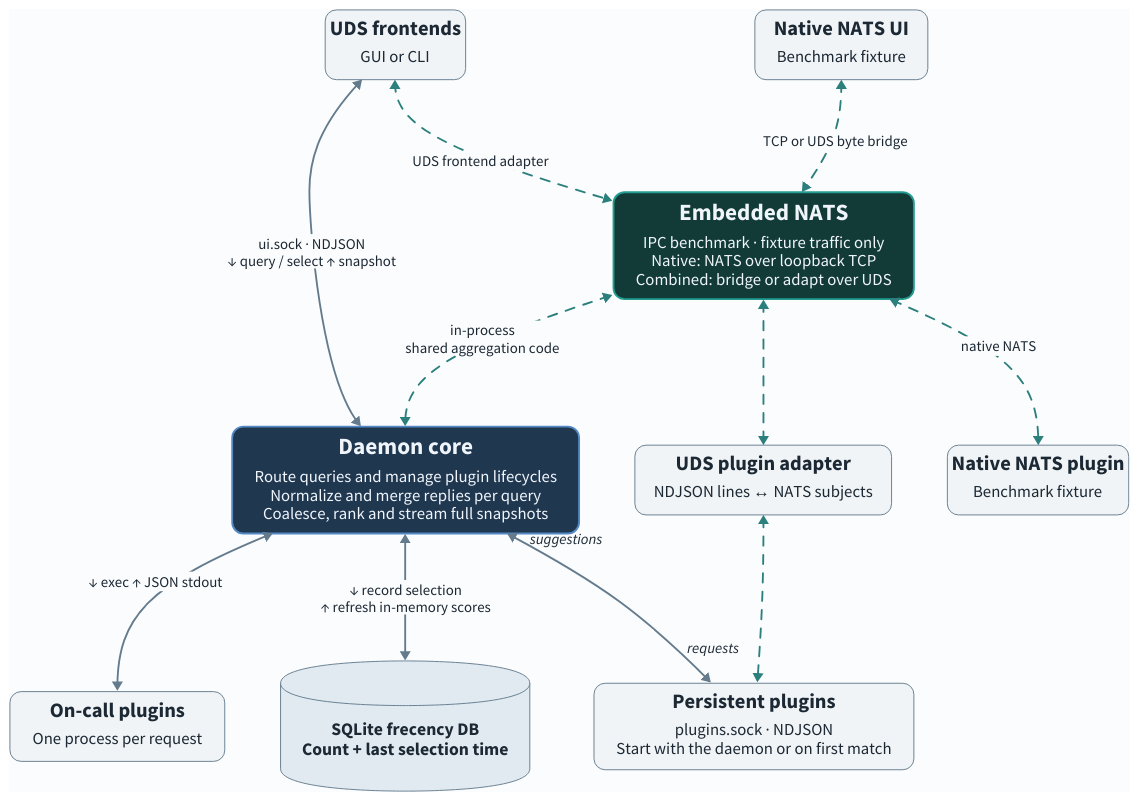
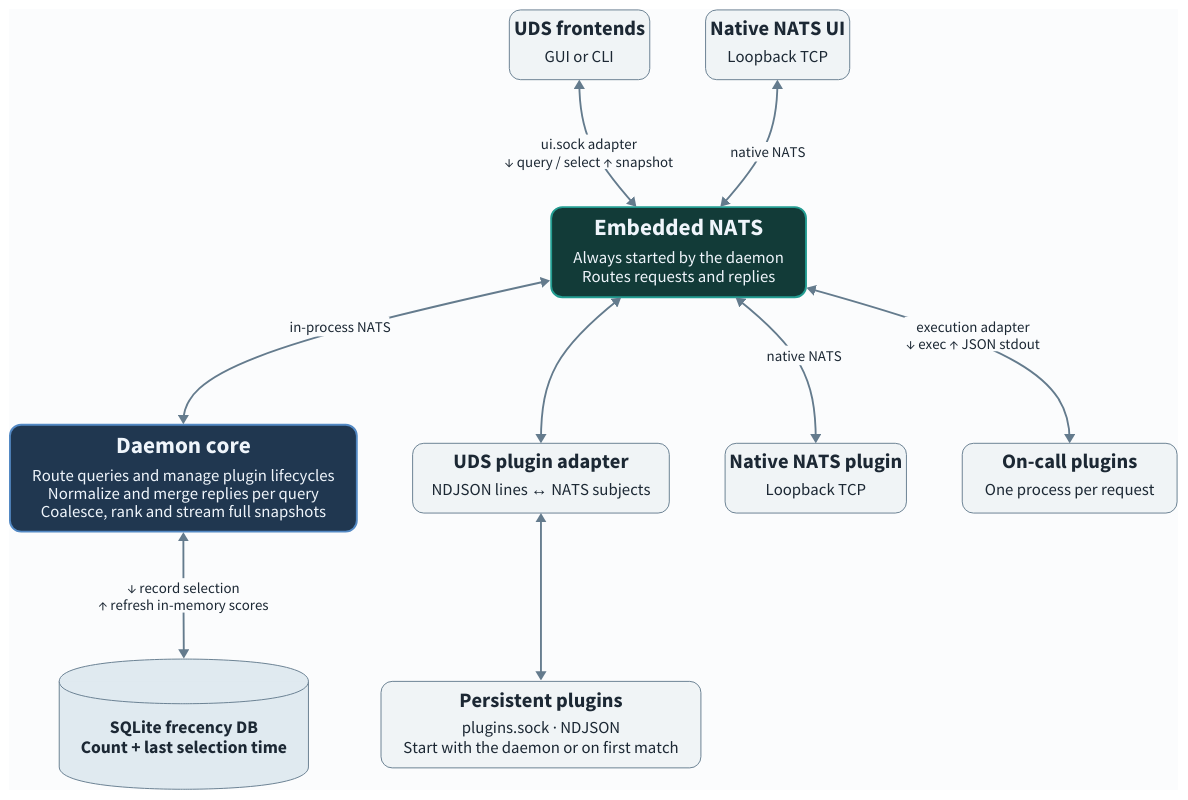
One commit to mithrel-dots/TarraGon changed the diagram in docs/diagrams/architecture.d2. Above: the diagram before and after it, drawn with D2. The commit also changed 17 other files, not shown here.

Commit message:
feat(daemon): route native and unix sessions through embedded nats

```diff
--- a/docs/diagrams/architecture.d2
+++ b/docs/diagrams/architecture.d2
@@ -1,98 +1,90 @@
 vars: {
   d2-config: {
     layout-engine: dagre
     pad: 20
     dark-theme-id: 200
     theme-overrides: {
       N1: "#1C2834"
       N2: "#3D5264"
       N7: "#FBFCFD"
       B1: "#647B8D"
       B2: "#2B807D"
       B4: "#F0F4F6"
       AA4: "#E0EAF0"
     }
     dark-theme-overrides: {
       N1: "#EDF2F5"
       N2: "#CDD9E2"
       N7: "#0E1114"
       B1: "#8598A9"
       B2: "#66BCB4"
       B4: "#1A2026"
       AA4: "#233342"
     }
   }
 }
 
 direction: down
 
 classes: {
   card: {
     grid-columns: 1
     horizontal-gap: 24
     vertical-gap: 14
     style: {border-radius: 12; stroke-width: 1; font-size: 22; bold: true}
   }
   detail: {shape: text; style.font-size: 18}
   hub: {style: {stroke-width: 2; font-size: 25; font-color: "#EFF5FB"}}
   hub-detail: {shape: text; style: {font-size: 18; font-color: "#EFF5FB"}}
   runtime: {style: {font-size: 16; italic: false}}
-  benchmark: {style: {stroke-dash: 5; font-size: 16; italic: false}}
 }
 
 frontend: UDS frontends {
   class: card
   clients: GUI or CLI {class: detail}
 }
 nats_ui: Native NATS UI {
   class: card
-  role: Benchmark fixture {class: detail}
+  role: Loopback TCP {class: detail}
 }
 
 broker: Embedded NATS {
   class: [card; hub]
   style: {fill: "#123B38"; stroke: "#239D92"}
-  transport: "IPC benchmark · fixture traffic only\nNative: NATS over loopback TCP\nCombined: bridge or adapt over UDS" {class: hub-detail}
+  transport: "Always started by the daemon\nRoutes requests and replies" {class: hub-detail}
 }
 core: Daemon core {
   class: [card; hub]
   style: {fill: "#203750"; stroke: "#5389C4"}
   flow: "Route queries and manage plugin lifecycles\nNormalize and merge replies per query\nCoalesce, rank and stream full snapshots" {class: hub-detail}
 }
 
 adapter: UDS plugin adapter {
   class: card
   translation: NDJSON lines ↔ NATS subjects {class: detail}
 }
 nats_plugin: Native NATS plugin {
   class: card
-  role: Benchmark fixture {class: detail}
+  role: Loopback TCP {class: detail}
 }
 persistent: Persistent plugins {
   class: card
   connection: "plugins.sock · NDJSON\nStart with the daemon or on first match" {class: detail}
 }
 on_call: On-call plugins {
   class: card
   lifecycle: One process per request {class: detail}
 }
 frecency: "SQLite frecency DB\nCount + last selection time" {
   shape: cylinder
   style: {font-size: 19; stroke-width: 1}
 }
 
-# Dashed connections stand in for the equivalent endpoint on a benchmark fixture.
-frontend <-> broker: UDS frontend adapter {class: benchmark}
-nats_ui <-> broker: TCP or UDS byte bridge {class: benchmark}
-frontend <-> core: "ui.sock · NDJSON\n↓ query / select   ↑ snapshot" {class: runtime}
-broker <-> core: "in-process\nshared aggregation code" {class: benchmark}
-core <-> persistent: {
-  class: runtime
-  source-arrowhead.label: suggestions
-  target-arrowhead.label: requests
-}
+frontend <-> broker: "ui.sock adapter\n↓ query / select   ↑ snapshot" {class: runtime}
+nats_ui <-> broker: native NATS {class: runtime}
+broker <-> core: in-process NATS {class: runtime}
 core <-> frecency: "↓ record selection\n↑ refresh in-memory scores" {class: runtime}
-core <-> on_call: "↓ exec   ↑ JSON stdout" {class: runtime}
-broker <-> adapter: {class: benchmark}
-adapter <-> persistent: {class: benchmark}
-broker <-> nats_plugin: native NATS {class: benchmark}
+broker <-> on_call: "execution adapter\n↓ exec   ↑ JSON stdout" {class: runtime}
+broker <-> adapter: {class: runtime}
+adapter <-> persistent: {class: runtime}
+broker <-> nats_plugin: native NATS {class: runtime}
```
